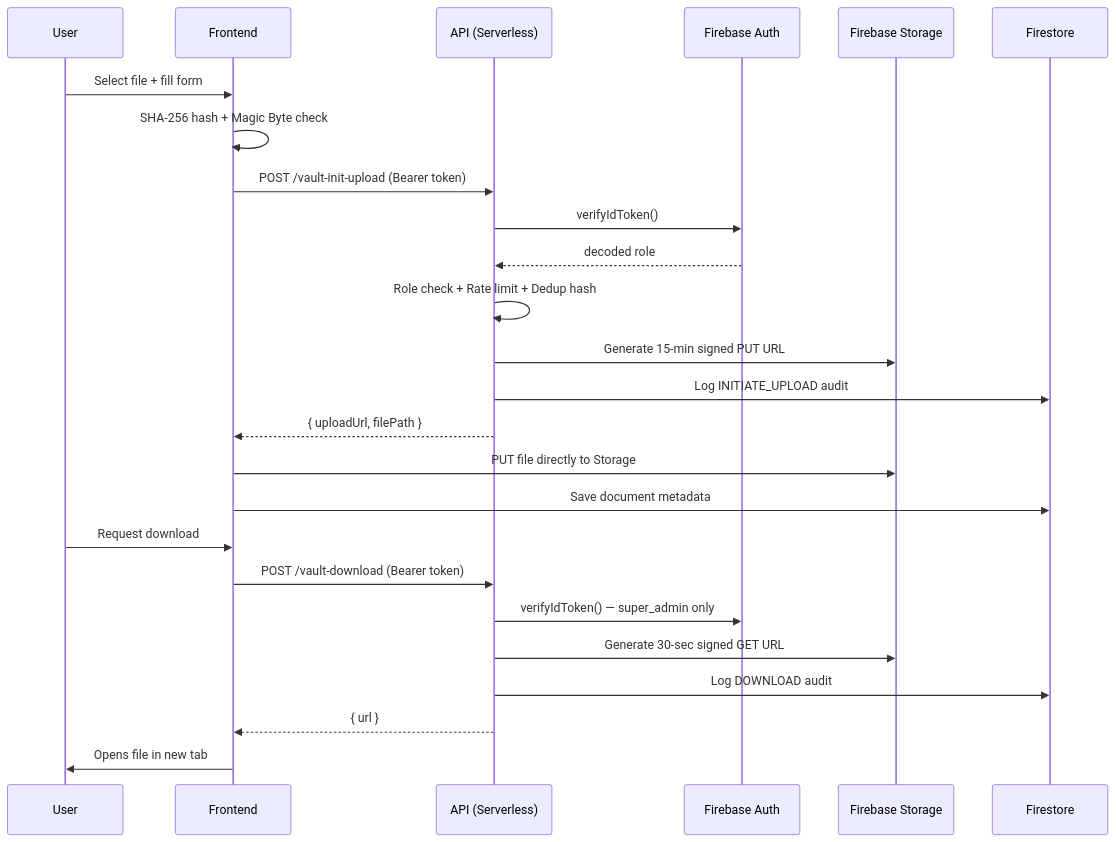
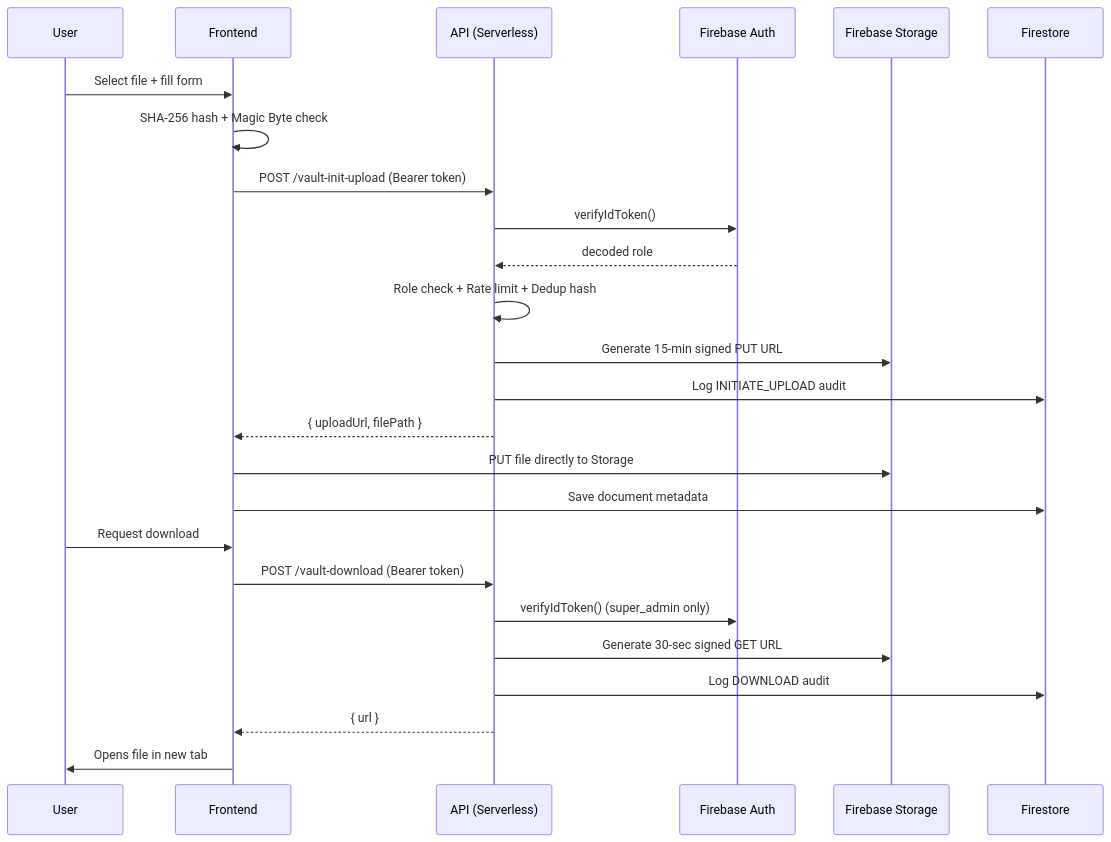
Before and after one commit to MRINALPRAKASHFSD/Induction-Program: the third of 7 diagrams in README.md, drawn with Mermaid. The commit also changed other lines of this file, not shown here.

````diff
--- a/README.md
+++ b/README.md
@@ -99,28 +99,28 @@
 ```mermaid
 sequenceDiagram
     participant U as User
     participant FE as Frontend
     participant API as API (Serverless)
     participant FB as Firebase Auth
     participant GCS as Firebase Storage
     participant FS as Firestore
 
     U->>FE: Select file + fill form
     FE->>FE: SHA-256 hash + Magic Byte check
     FE->>API: POST /vault-init-upload (Bearer token)
     API->>FB: verifyIdToken()
     FB-->>API: decoded role
     API->>API: Role check + Rate limit + Dedup hash
     API->>GCS: Generate 15-min signed PUT URL
     API->>FS: Log INITIATE_UPLOAD audit
     API-->>FE: { uploadUrl, filePath }
     FE->>GCS: PUT file directly to Storage
     FE->>FS: Save document metadata
     U->>FE: Request download
     FE->>API: POST /vault-download (Bearer token)
-    API->>FB: verifyIdToken() — super_admin only
+    API->>FB: verifyIdToken() (super_admin only)
     API->>GCS: Generate 30-sec signed GET URL
     API->>FS: Log DOWNLOAD audit
     API-->>FE: { url }
     FE->>U: Opens file in new tab
 ```
````
